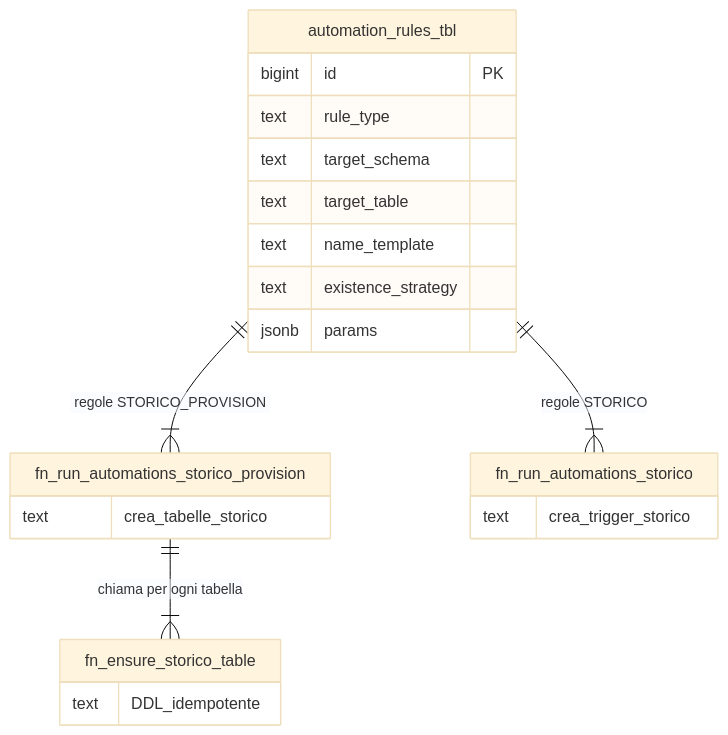
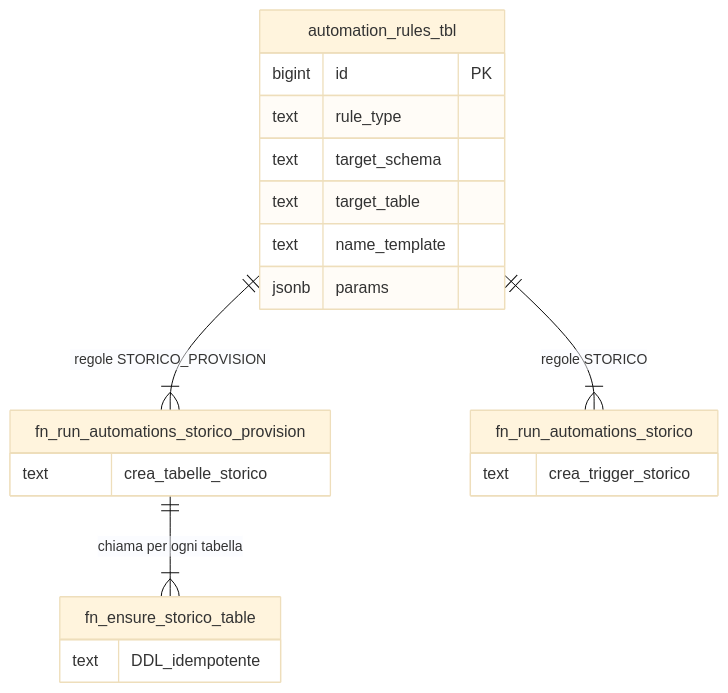
The third of 3 diagrams in docs/it/guide/storicizzazione-tabelle.md (Tito-it/ZeroErp), drawn with Mermaid (base theme) before and after one commit. The commit also changed other lines of this file and 42 other files, not shown here.

````diff
--- a/docs/it/guide/storicizzazione-tabelle.md
+++ b/docs/it/guide/storicizzazione-tabelle.md
@@ -581,28 +581,27 @@
 ```mermaid
 erDiagram
     automation_rules_tbl {
         bigint id PK
         text rule_type
         text target_schema
         text target_table
         text name_template
-        text existence_strategy
         jsonb params
     }
 
     fn_run_automations_storico_provision {
         text crea_tabelle_storico
     }
 
     fn_run_automations_storico {
         text crea_trigger_storico
     }
 
     fn_ensure_storico_table {
         text DDL_idempotente
     }
 
     automation_rules_tbl ||--|{ fn_run_automations_storico_provision : "regole STORICO_PROVISION"
     automation_rules_tbl ||--|{ fn_run_automations_storico : "regole STORICO"
     fn_run_automations_storico_provision ||--|{ fn_ensure_storico_table : "chiama per ogni tabella"
 ```
````
